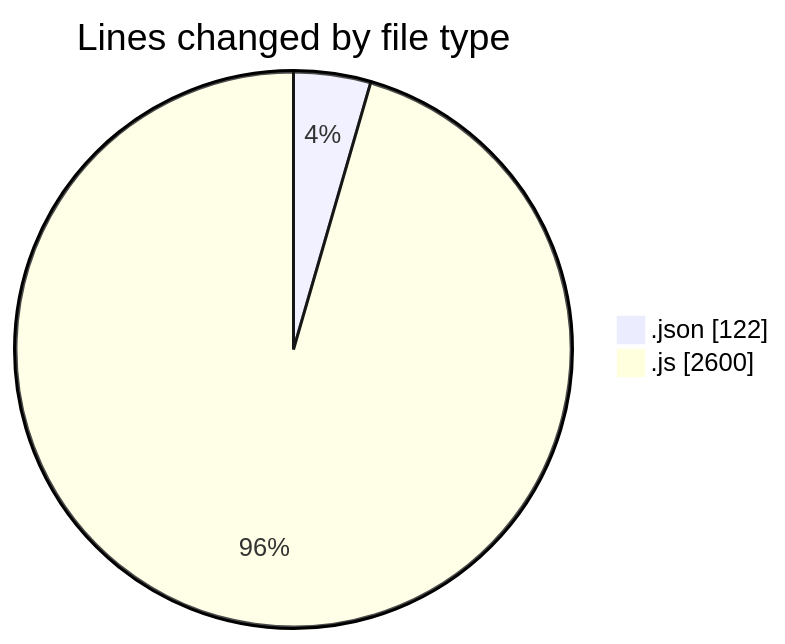
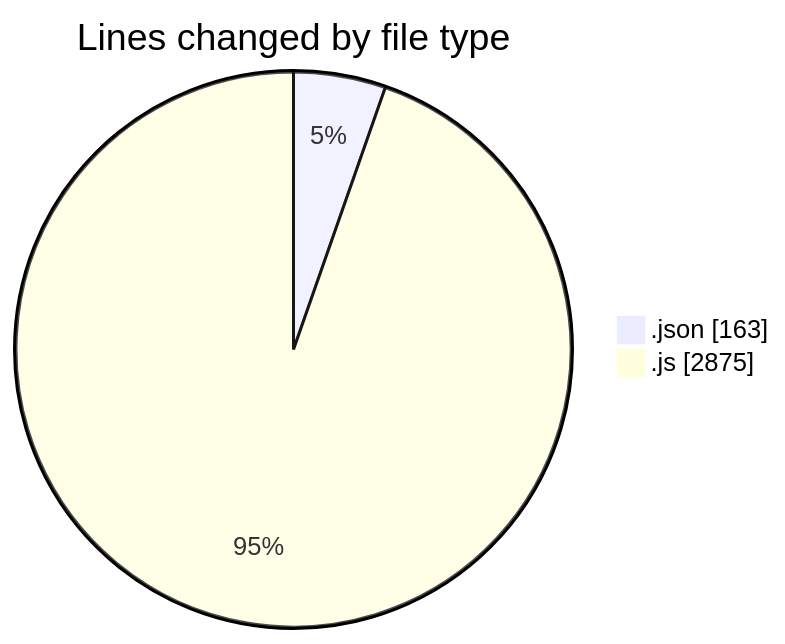
Before and after one commit to lephambinh05/code-tracking: the first of 2 diagrams in 2025-07-15/eduwallet-main/README.md, drawn with Mermaid. The commit also changed other lines of this file and 1 other file, not shown here.

````diff
--- a/2025-07-15/eduwallet-main/README.md
+++ b/2025-07-15/eduwallet-main/README.md
@@ -33,6 +36,6 @@
 ```mermaid
 pie showData
 title Lines changed by file type
-".json" : 122
-".js" : 2600
+".json" : 163
+".js" : 2875
 ```
````
